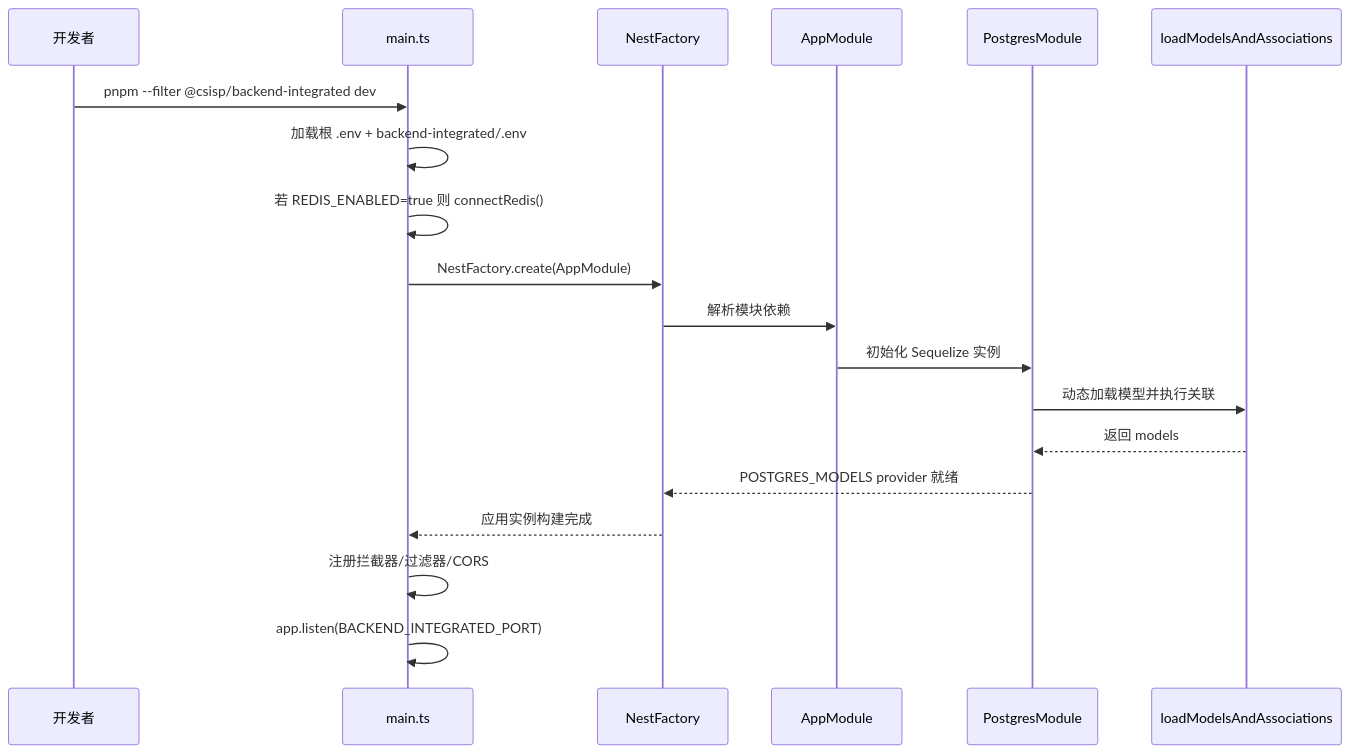
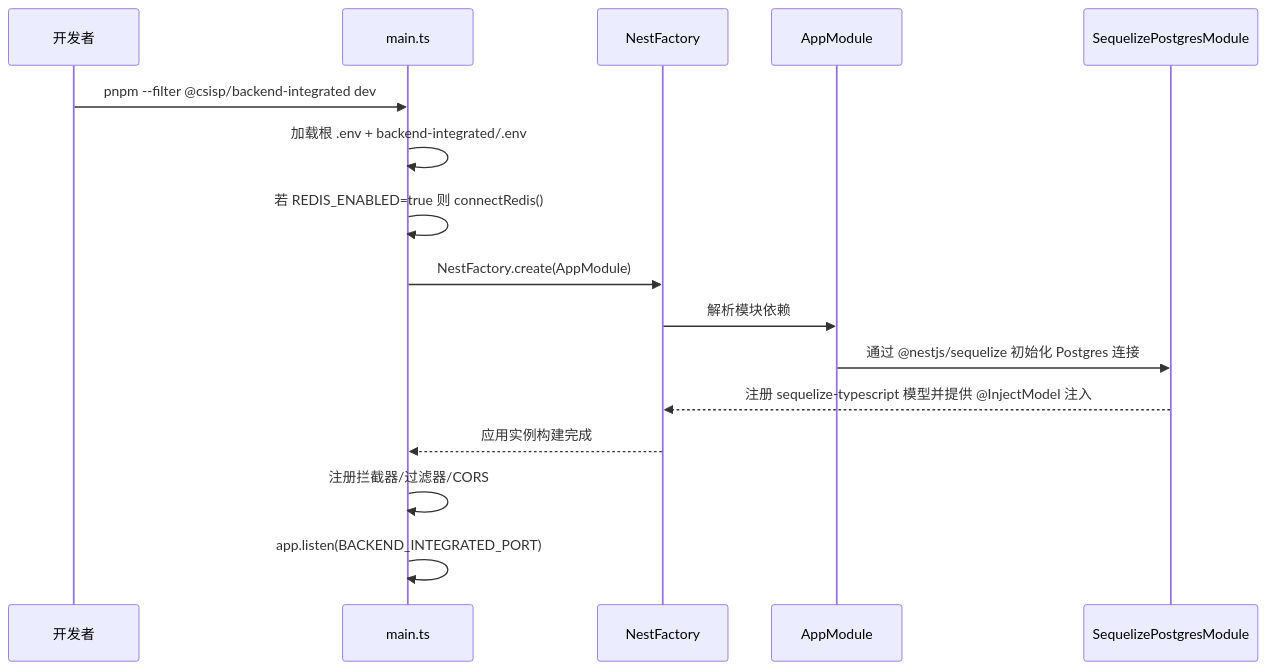
The second of 4 diagrams in docs/src/backend/backend-integrated 后端设计文档.md (LZStarV/CSISP), drawn with Mermaid before and after one commit. The commit also changed other lines of this file and 65 other files, not shown here.

````diff
--- a/docs/src/backend/backend-integrated 后端设计文档.md
+++ b/docs/src/backend/backend-integrated 后端设计文档.md
@@ -129,22 +129,19 @@
 ```mermaid
 sequenceDiagram
   participant Dev as 开发者
   participant Main as main.ts
   participant Nest as NestFactory
   participant AppMod as AppModule
-  participant PG as PostgresModule
-  participant Models as loadModelsAndAssociations
+  participant PGMod as SequelizePostgresModule
 
   Dev->>Main: pnpm --filter @csisp/backend-integrated dev
   Main->>Main: 加载根 .env + backend-integrated/.env
   Main->>Main: 若 REDIS_ENABLED=true 则 connectRedis()
   Main->>Nest: NestFactory.create(AppModule)
   Nest->>AppMod: 解析模块依赖
-  AppMod->>PG: 初始化 Sequelize 实例
-  PG->>Models: 动态加载模型并执行关联
-  Models-->>PG: 返回 models
-  PG-->>Nest: POSTGRES_MODELS provider 就绪
+  AppMod->>PGMod: 通过 @nestjs/sequelize 初始化 Postgres 连接
+  PGMod-->>Nest: 注册 sequelize-typescript 模型并提供 @InjectModel 注入
   Nest-->>Main: 应用实例构建完成
   Main->>Main: 注册拦截器/过滤器/CORS
   Main->>Main: app.listen(BACKEND_INTEGRATED_PORT)
 ```
````
